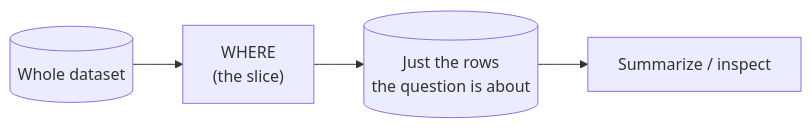
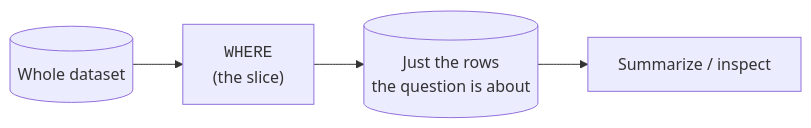
Before and after one commit to dataslope/dataslope: the first of 2 diagrams in content/learn/sql-analytics-duckdb/filtering-and-slicing.mdx, drawn with Mermaid. The commit also changed 56 other files, not shown here.

````diff
--- a/content/learn/sql-analytics-duckdb/filtering-and-slicing.mdx
+++ b/content/learn/sql-analytics-duckdb/filtering-and-slicing.mdx
@@ -19,6 +19,6 @@
 ```mermaid
 flowchart LR
-    All[("Whole dataset")] --> F["WHERE<br/>(the slice)"]
+    All[("Whole dataset")] --> F["<code>WHERE</code><br/>(the slice)"]
     F --> Sub[("Just the rows<br/>the question is about")]
     Sub --> A["Summarize / inspect"]
 ```
````
